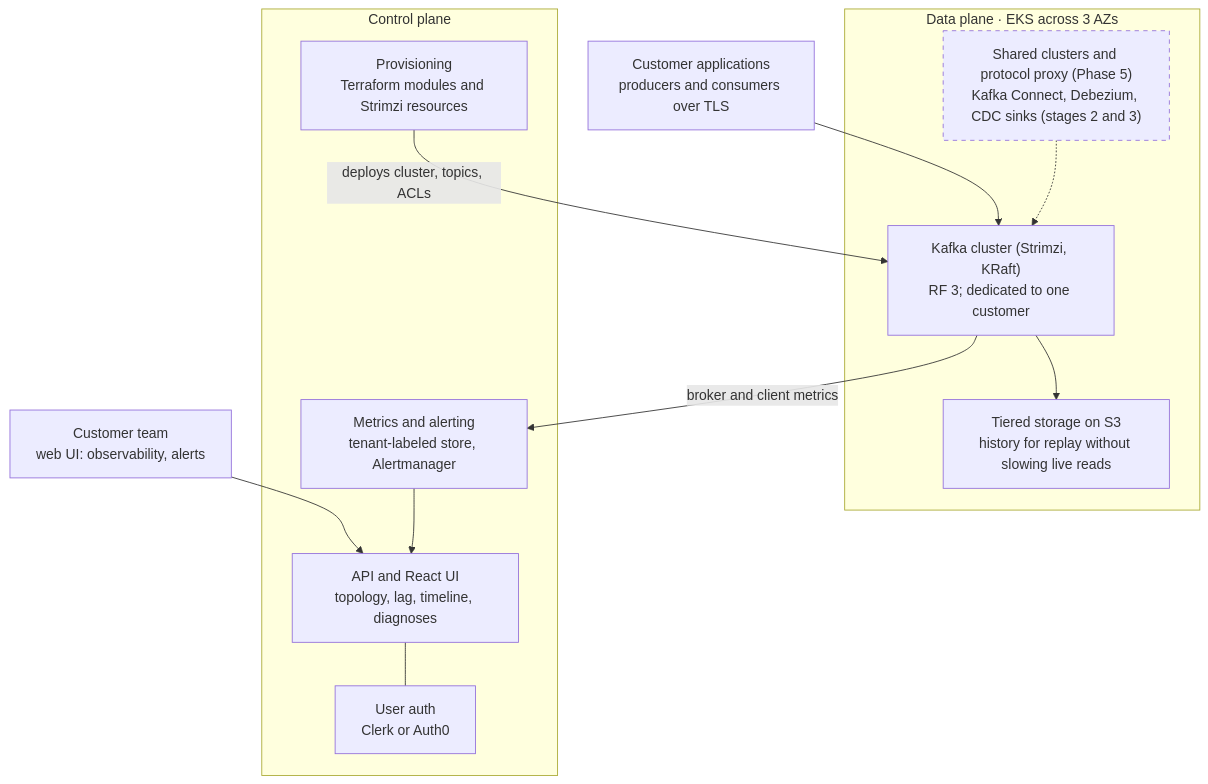
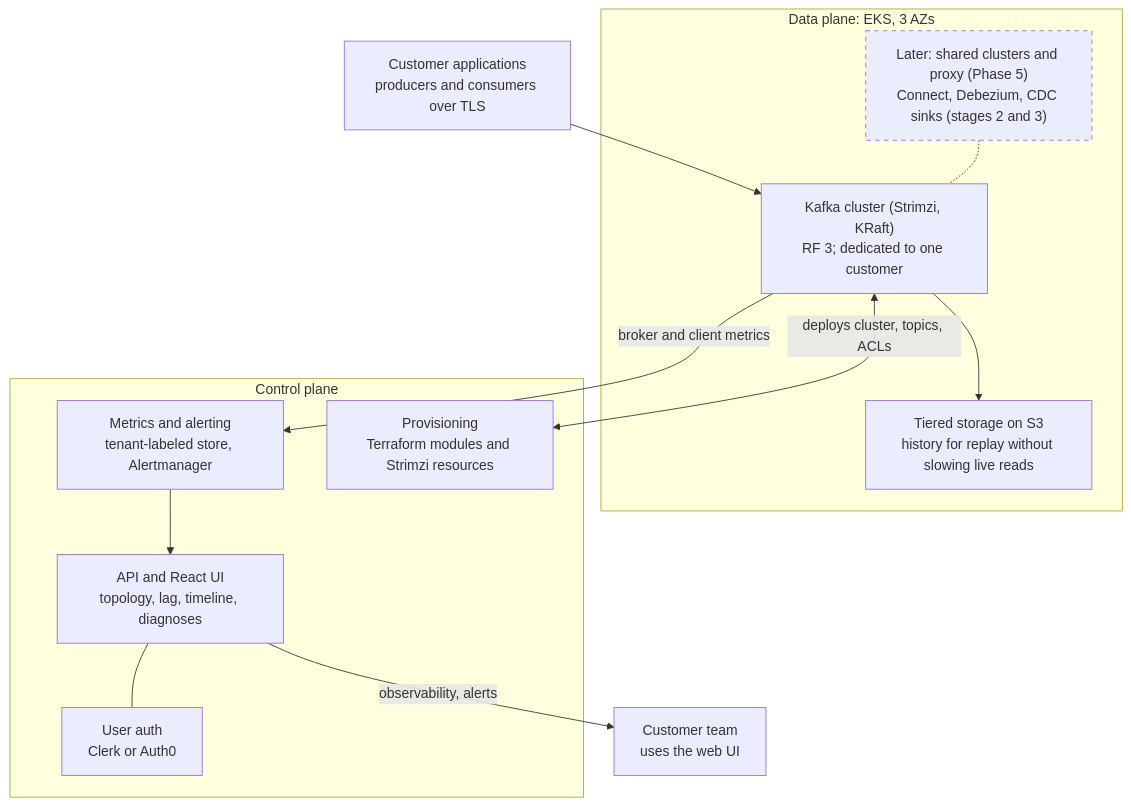
One commit to ReneP92/changeport changed the first of 2 diagrams in docs/PROJECT_PLAN.md. Above: the diagram before and after it, drawn with Mermaid. The commit also changed other lines of this file, not shown here.

Commit message:
Fix overlapping architecture labels and show the roadmap as a timeline

````diff
--- a/docs/PROJECT_PLAN.md
+++ b/docs/PROJECT_PLAN.md
@@ -37,28 +37,30 @@
 ```mermaid
 flowchart TB
   apps["Customer applications<br/>producers and consumers over TLS"]
-  team["Customer team<br/>web UI: observability, alerts"]
 
-  subgraph DP["Data plane · EKS across 3 AZs"]
+  subgraph DP["Data plane: EKS, 3 AZs"]
+    future["Later: shared clusters and proxy (Phase 5)<br/>Connect, Debezium, CDC sinks (stages 2 and 3)"]
     kafka["Kafka cluster (Strimzi, KRaft)<br/>RF 3; dedicated to one customer"]
     s3["Tiered storage on S3<br/>history for replay without slowing live reads"]
-    future["Shared clusters and protocol proxy (Phase 5)<br/>Kafka Connect, Debezium, CDC sinks (stages 2 and 3)"]
   end
 
   subgraph CP["Control plane"]
+    metrics["Metrics and alerting<br/>tenant-labeled store, Alertmanager"]
+    prov["Provisioning<br/>Terraform modules and Strimzi resources"]
     api["API and React UI<br/>topology, lag, timeline, diagnoses"]
-    prov["Provisioning<br/>Terraform modules and Strimzi resources"]
-    metrics["Metrics and alerting<br/>tenant-labeled store, Alertmanager"]
     auth["User auth<br/>Clerk or Auth0"]
   end
 
-  apps --> kafka --> s3
-  future -.-> kafka
-  team --> api
-  prov -->|deploys cluster, topics, ACLs| kafka
+  team["Customer team<br/>uses the web UI"]
+
+  apps --> kafka
+  future -.- kafka
+  kafka --> s3
   kafka -->|broker and client metrics| metrics
+  kafka <-->|deploys cluster, topics, ACLs| prov
   metrics --> api
   api --- auth
+  api -->|observability, alerts| team
 
   style future stroke-dasharray: 5 5
 ```
````
